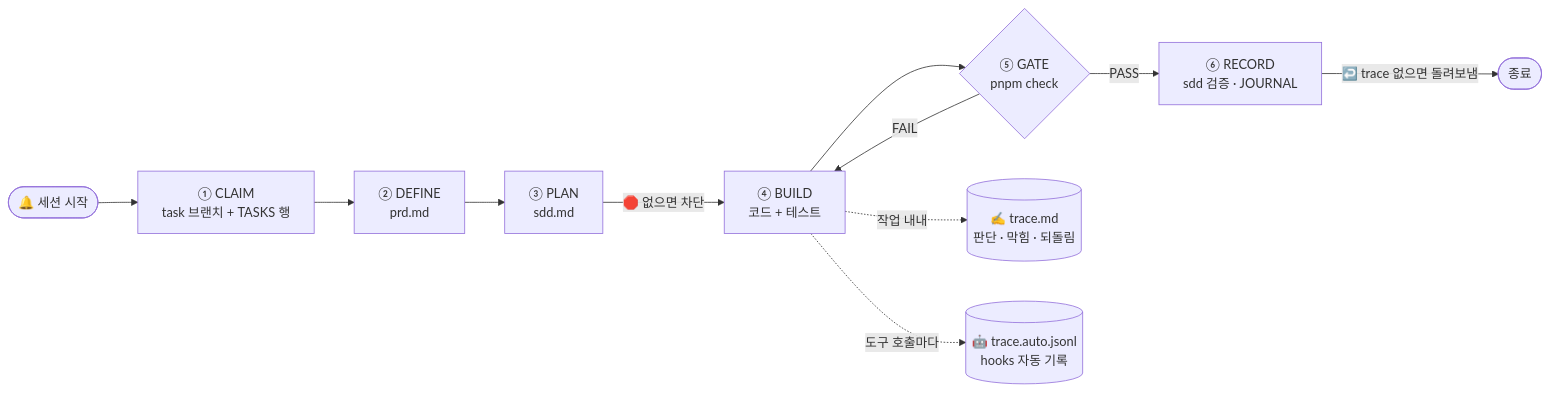
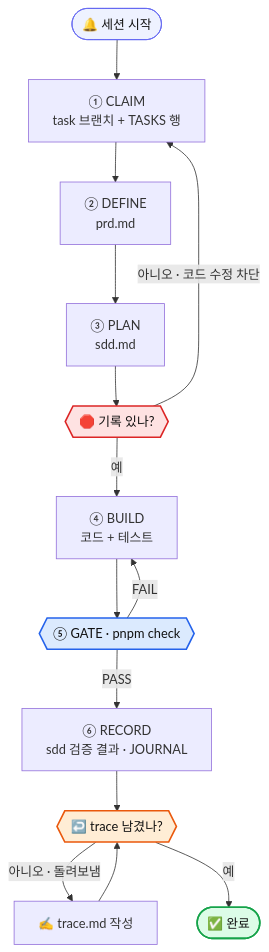
One commit to kyungchan3007/Harness changed the first of 2 diagrams in README.md. Above: the diagram before and after it, drawn with Mermaid. The commit also changed other lines of this file and 4 other files, not shown here.

First line of the commit message:
docs(0018): README 작업 루프 다이어그램 가독성 — 세로 배치·강제 지점 색 구분

````diff
--- a/README.md
+++ b/README.md
@@ -98,14 +93,28 @@
 ```mermaid
-flowchart LR
-    S([🔔 세션 시작]) --> C["① CLAIM<br/>task 브랜치 + TASKS 행"]
-    C --> D["② DEFINE<br/>prd.md"]
-    D --> P["③ PLAN<br/>sdd.md"]
-    P -->|"🛑 없으면 차단"| B["④ BUILD<br/>코드 + 테스트"]
-    B --> G{"⑤ GATE<br/>pnpm check"}
-    G -->|FAIL| B
-    G -->|PASS| R["⑥ RECORD<br/>sdd 검증 · JOURNAL"]
-    R -->|"↩️ trace 없으면 돌려보냄"| E([종료])
+flowchart TD
+    S(["🔔 세션 시작"]):::start
+    C["① CLAIM<br/>task 브랜치 + TASKS 행"]
+    D["② DEFINE<br/>prd.md"]
+    P["③ PLAN<br/>sdd.md"]
+    K1{{"🛑 기록 있나?"}}:::guard
+    B["④ BUILD<br/>코드 + 테스트"]
+    G{{"⑤ GATE · pnpm check"}}:::gate
+    R["⑥ RECORD<br/>sdd 검증 결과 · JOURNAL"]
+    K2{{"↩️ trace 남겼나?"}}:::stop
+    T["✍️ trace.md 작성"]
+    E(["✅ 완료"]):::done
 
-    B -. 작업 내내 .-> T[("✍️ trace.md<br/>판단 · 막힘 · 되돌림")]
-    B -. 도구 호출마다 .-> A[("🤖 trace.auto.jsonl<br/>hooks 자동 기록")]
+    S --> C --> D --> P --> K1
+    K1 -->|"아니오 · 코드 수정 차단"| C
+    K1 -->|"예"| B --> G
+    G -->|"FAIL"| B
+    G -->|"PASS"| R --> K2
+    K2 -->|"아니오 · 돌려보냄"| T --> K2
+    K2 -->|"예"| E
+
+    classDef start fill:#eef2ff,stroke:#6366f1,color:#111
+    classDef guard fill:#fee2e2,stroke:#dc2626,stroke-width:2px,color:#111
+    classDef stop fill:#ffedd5,stroke:#ea580c,stroke-width:2px,color:#111
+    classDef gate fill:#dbeafe,stroke:#2563eb,stroke-width:2px,color:#111
+    classDef done fill:#dcfce7,stroke:#16a34a,stroke-width:2px,color:#111
 ```
````
